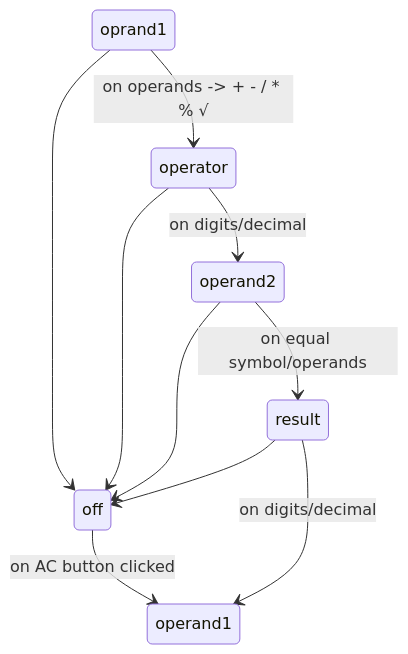
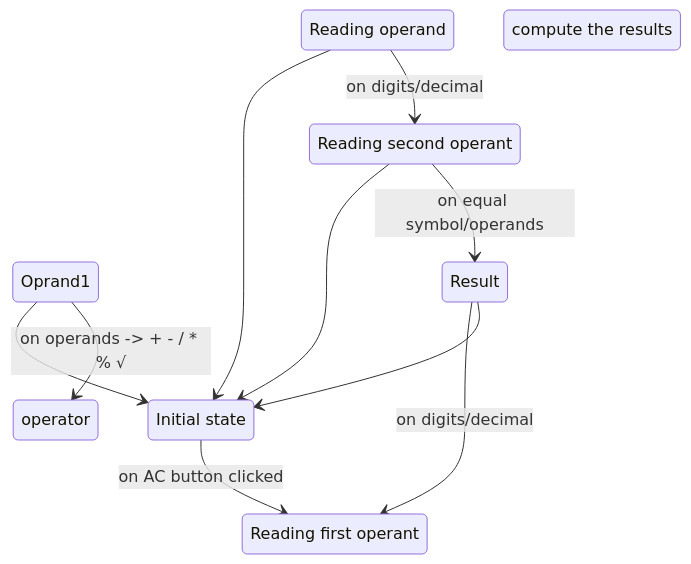
One commit to noushad-pp/react-retro-calculator changed the diagram in README.md. Above: the diagram before and after it, drawn with Mermaid.

Commit message:
Improvements

````diff
--- a/README.md
+++ b/README.md
@@ -25,16 +25,22 @@
 ```mermaid
 stateDiagram-v2
-    off --> operand1: on AC button clicked
+    Off: Initial state
+    Operand1: Reading first operant
+    Operator: Reading operand
+    Operand2: Reading second operant
+    Resulr: compute the results
 
-    oprand1 --> off
-    oprand1 --> operator: on operands -> + - / * % √
+    Off --> Operand1: on AC button clicked
 
-    operator --> off
-    operator --> operand2: on digits/decimal
+    Oprand1 --> Off
+    Oprand1 --> operator: on operands -> + - / * % √
 
-    operand2 --> off
-    operand2 --> result: on equal symbol/operands
+    Operator --> Off
+    Operator --> Operand2: on digits/decimal
 
-    result --> operand1: on digits/decimal
-    result --> off
+    Operand2 --> Off
+    Operand2 --> Result: on equal symbol/operands
+
+    Result --> Operand1: on digits/decimal
+    Result --> Off
 ```
````
